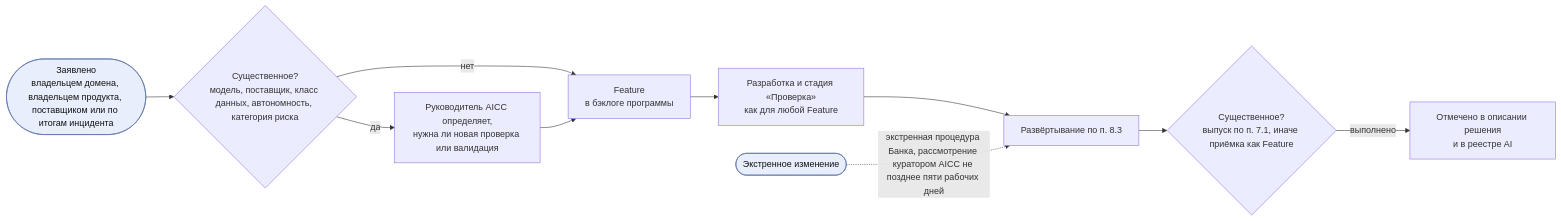
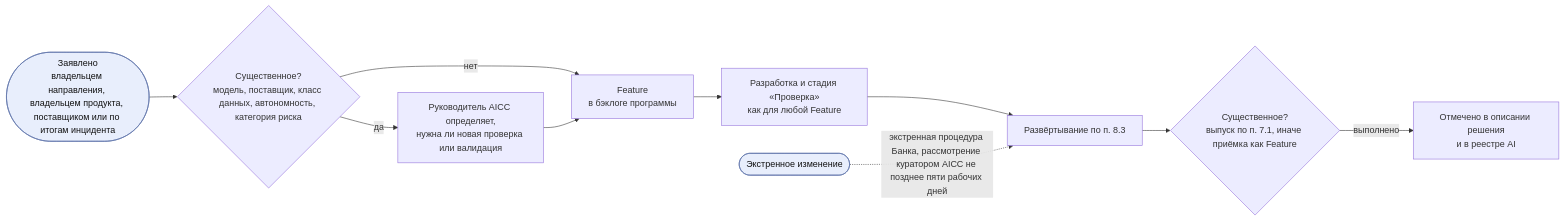
One commit to devhogu/ob-aicc changed diagram 13 of 13 in charter/ru/documents/solution-lifecycle-model.md. Above: the diagram before and after it, drawn with Mermaid. The commit also changed other lines of this file and 290 other files, not shown here.

````diff
--- a/charter/ru/documents/solution-lifecycle-model.md
+++ b/charter/ru/documents/solution-lifecycle-model.md
@@ -476,13 +476,13 @@
 ```mermaid
 flowchart LR
-  RS(["Заявлено<br/>владельцем домена, владельцем продукта, поставщиком или по итогам инцидента"]):::iface --> CLS{"Существенное?<br/>модель, поставщик, класс данных, автономность, категория риска"}
+  RS(["Заявлено<br/>владельцем направления, владельцем продукта, поставщиком или по итогам инцидента"]):::iface --> CLS{"Существенное?<br/>модель, поставщик, класс данных, автономность, категория риска"}
   CLS -->|нет| FT["Feature<br/>в бэклоге программы"]
   CLS -->|да| DC["Руководитель AICC определяет,<br/>нужна ли новая проверка или валидация"]
   DC --> FT
   FT --> BV["Разработка и стадия «Проверка»<br/>как для любой Feature"]
   BV --> DPL["Развёртывание по п. 8.3"]
   DPL --> RLS{"Существенное?<br/>выпуск по п. 7.1, иначе приёмка как Feature"}
   RLS -->|выполнено| NT["Отмечено в описании решения<br/>и в реестре AI"]
   EM(["Экстренное изменение"]):::iface -.экстренная процедура Банка, рассмотрение куратором AICC не позднее пяти рабочих дней.-> DPL
   classDef iface fill:#e8eefc,stroke:#5a6fa8,color:#111
 ```
````
